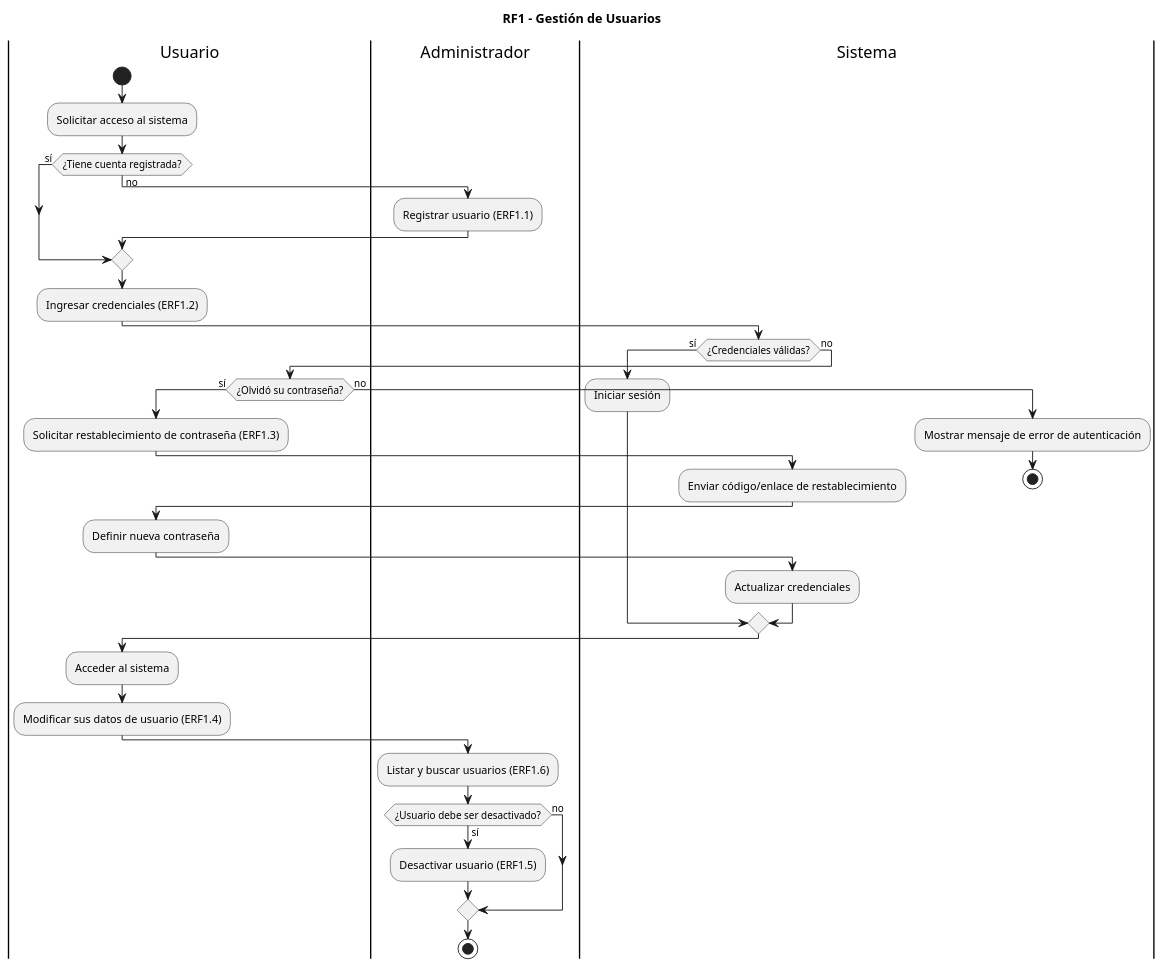
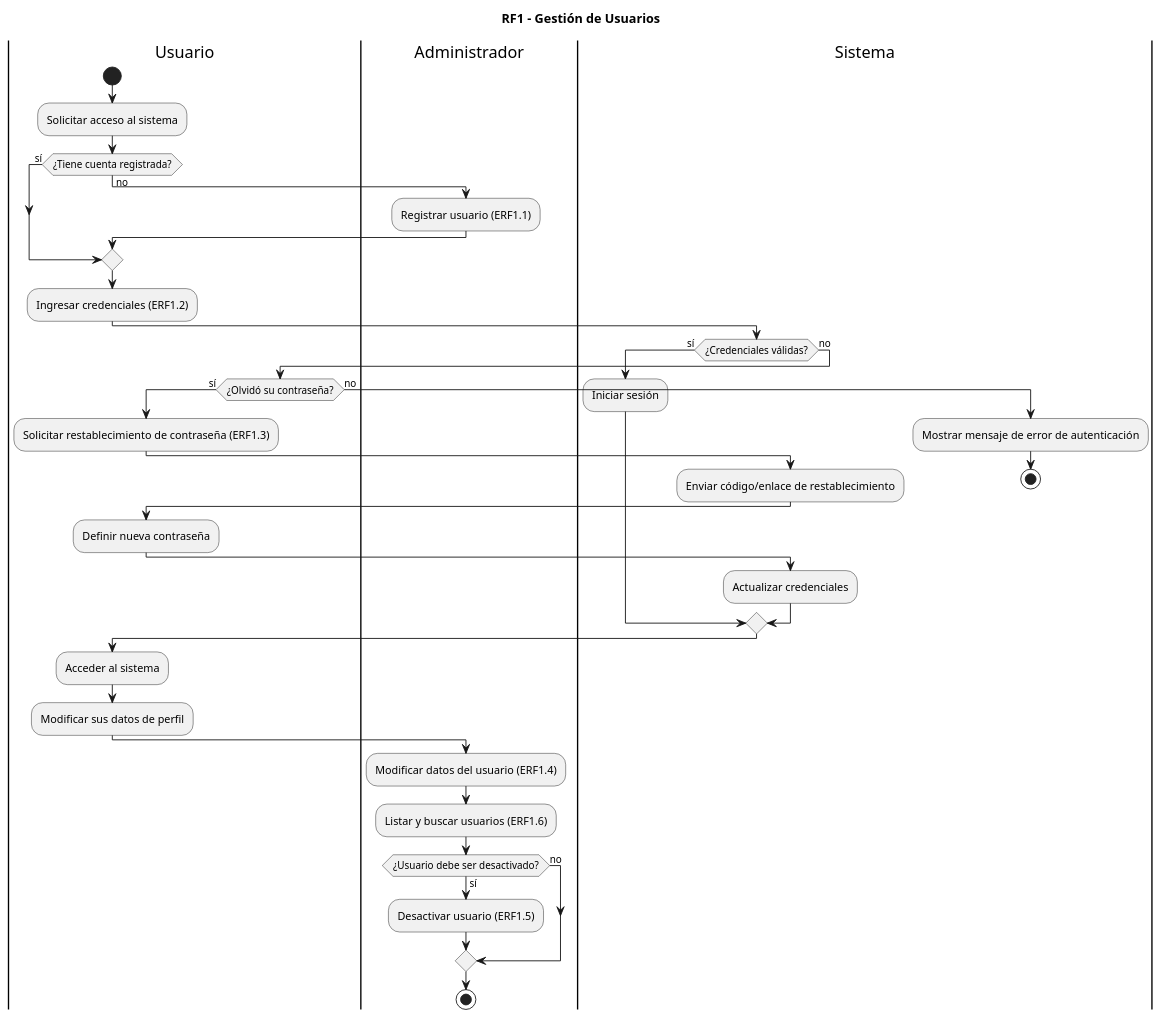
One commit to kevinZP-ai/pagina-web-almexa changed the diagram in public/anexos/03-Diagramas/Diagramas_De_Actividad/RF1_gestion_usuarios.puml. Above: the diagram before and after it, drawn with PlantUML. The commit also changed 55 other files, not shown here.

```diff
--- a/public/anexos/03-Diagramas/Diagramas_De_Actividad/RF1_gestion_usuarios.puml
+++ b/public/anexos/03-Diagramas/Diagramas_De_Actividad/RF1_gestion_usuarios.puml
@@ -1,48 +1,49 @@
 @startuml
 title RF1 - Gestión de Usuarios
 
 |Usuario|
 start
 :Solicitar acceso al sistema;
 
 if (¿Tiene cuenta registrada?) then (no)
   |Administrador|
   :Registrar usuario (ERF1.1);
   |Usuario|
 else (sí)
 endif
 
 :Ingresar credenciales (ERF1.2);
 
 |Sistema|
 if (¿Credenciales válidas?) then (sí)
   :Iniciar sesión;
 else (no)
   |Usuario|
   if (¿Olvidó su contraseña?) then (sí)
     :Solicitar restablecimiento de contraseña (ERF1.3);
     |Sistema|
     :Enviar código/enlace de restablecimiento;
     |Usuario|
     :Definir nueva contraseña;
     |Sistema|
     :Actualizar credenciales;
   else (no)
     :Mostrar mensaje de error de autenticación;
     stop
   endif
 endif
 
 |Usuario|
 :Acceder al sistema;
-:Modificar sus datos de usuario (ERF1.4);
+:Modificar sus datos de perfil;
 
 |Administrador|
+:Modificar datos del usuario (ERF1.4);
 :Listar y buscar usuarios (ERF1.6);
 if (¿Usuario debe ser desactivado?) then (sí)
   :Desactivar usuario (ERF1.5);
 else (no)
 endif
 
 stop
 @enduml
```
